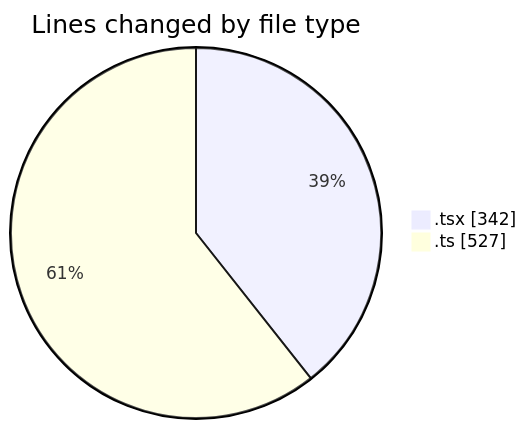
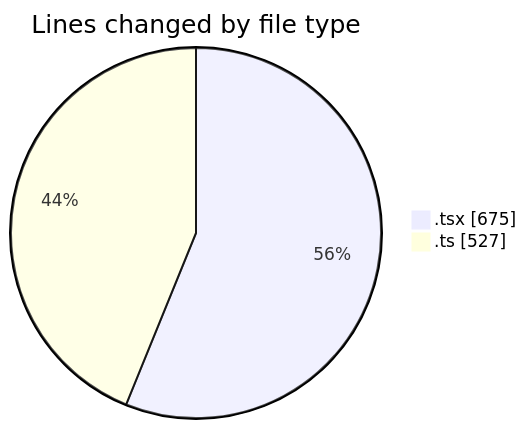
The first of 2 diagrams in 2026-05-12/nxtqube_webapp/README.md (nxtqubesakshisongat/code-tracking), drawn with Mermaid before and after one commit. The commit also changed other lines of this file and 1 other file, not shown here.

````diff
--- a/2026-05-12/nxtqube_webapp/README.md
+++ b/2026-05-12/nxtqube_webapp/README.md
@@ -21,6 +21,6 @@
 ```mermaid
 pie showData
 title Lines changed by file type
-".tsx" : 342
+".tsx" : 675
 ".ts" : 527
 ```
````
